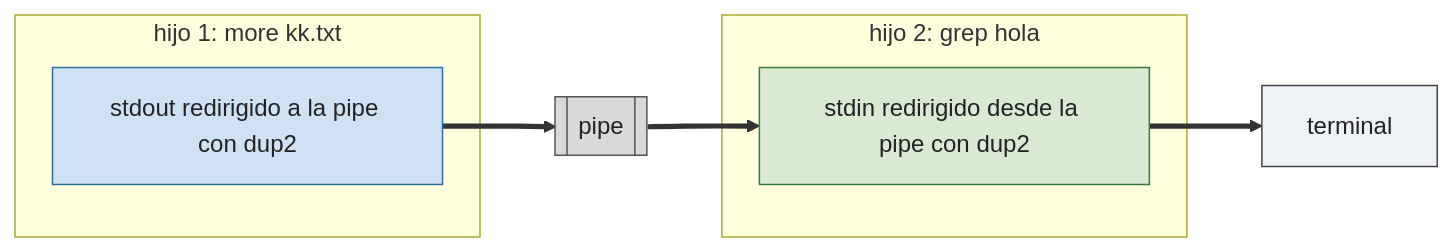
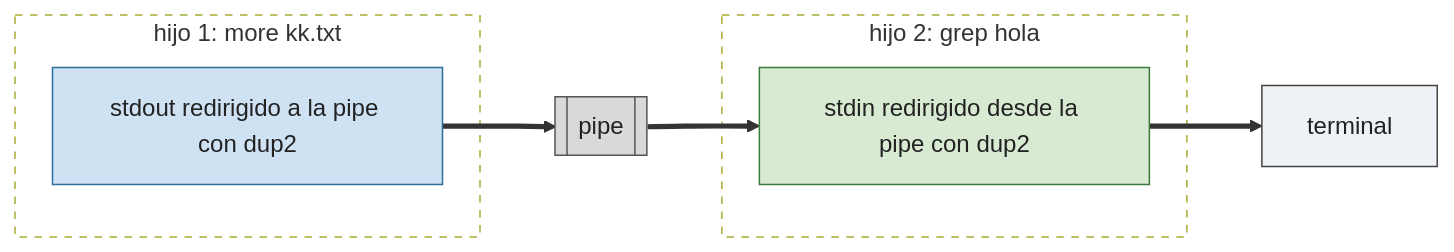
One commit to asiermarzo/ssoo changed the first of 2 diagrams in PRACTICA/05-minishell/README.md. Above: the diagram before and after it, drawn with Mermaid. The commit also changed 12 other files, not shown here.

Commit message:
ajuste subrects de mermaids

````diff
--- a/PRACTICA/05-minishell/README.md
+++ b/PRACTICA/05-minishell/README.md
@@ -22,20 +22,22 @@
 ```mermaid
 flowchart LR
     subgraph h1["hijo 1: more kk.txt"]
         M["stdout redirigido a la pipe con dup2"]
     end
     subgraph h2["hijo 2: grep hola"]
         G["stdin redirigido desde la pipe con dup2"]
     end
     M ==> PIPE[["pipe"]] ==> G ==> TTY["terminal"]
 
     classDef hijo1 fill:#cfe2f3,stroke:#2b6f99,color:#222;
     classDef hijo2 fill:#d9ead3,stroke:#3a7a3a,color:#222;
     classDef nucleo fill:#d9d9d9,stroke:#555,color:#222;
     classDef terminal fill:#eef2f7,stroke:#444,color:#222;
 
     class M hijo1;
     class G hijo2;
     class PIPE nucleo;
     class TTY terminal;
+    style h1 fill:none,stroke-dasharray: 5 5;
+    style h2 fill:none,stroke-dasharray: 5 5;
 ```
````
